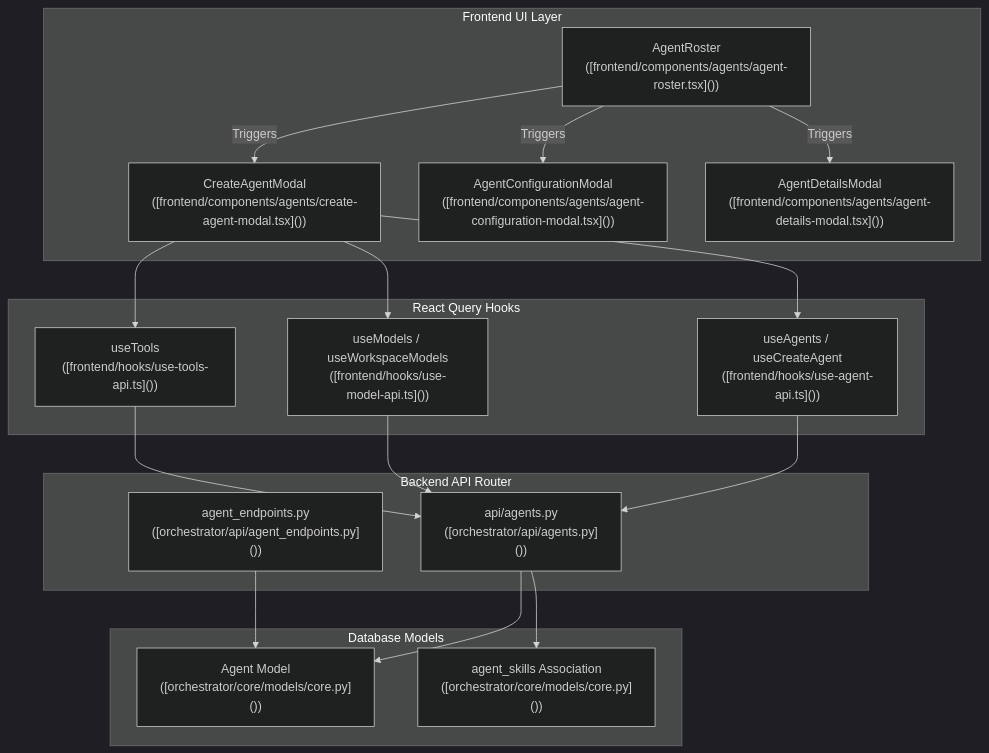
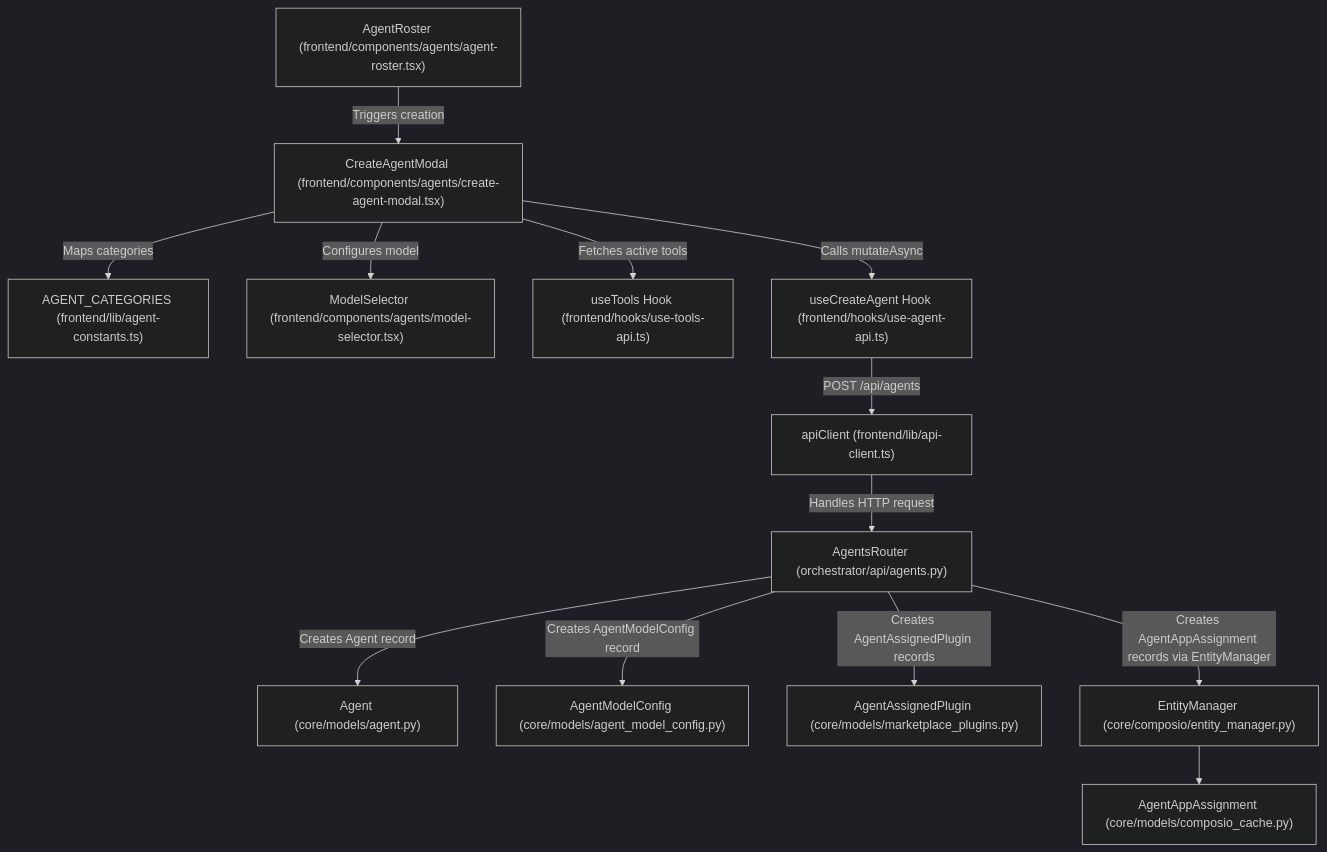
The third of 3 diagrams in docs/agents/creating-agents.md (AutomatosAI/automatos-ai), drawn with Mermaid (dark theme) before and after one commit. The commit also changed other lines of this file and 188 other files, not shown here.

First line of the commit message:
docs: refresh architecture docs and add coverage for new subsystems (#1416)

````diff
--- a/docs/agents/creating-agents.md
+++ b/docs/agents/creating-agents.md
@@ -85,41 +129,29 @@
 ```mermaid
-graph TB
-    subgraph "Frontend UI Layer"
-        Roster["AgentRoster<br/>([frontend/components/agents/agent-roster.tsx]())"]
-        CreateModal["CreateAgentModal<br/>([frontend/components/agents/create-agent-modal.tsx]())"]
-        ConfigModal["AgentConfigurationModal<br/>([frontend/components/agents/agent-configuration-modal.tsx]())"]
-        DetailsModal["AgentDetailsModal<br/>([frontend/components/agents/agent-details-modal.tsx]())"]
-    end
+graph TD
+    AgentRoster["AgentRoster (frontend/components/agents/agent-roster.tsx)"]
+    CreateAgentModal["CreateAgentModal (frontend/components/agents/create-agent-modal.tsx)"]
+    AgentConstants["AGENT_CATEGORIES (frontend/lib/agent-constants.ts)"]
+    ModelSelector["ModelSelector (frontend/components/agents/model-selector.tsx)"]
+    useTools["useTools Hook (frontend/hooks/use-tools-api.ts)"]
+    useCreateAgent["useCreateAgent Hook (frontend/hooks/use-agent-api.ts)"]
+    apiClient["apiClient (frontend/lib/api-client.ts)"]
+    AgentsRouter["AgentsRouter (orchestrator/api/agents.py)"]
+    AgentModel["Agent (core/models/agent.py)"]
+    AgentModelConfig["AgentModelConfig (core/models/agent_model_config.py)"]
+    AgentAssignedPlugin["AgentAssignedPlugin (core/models/marketplace_plugins.py)"]
+    AgentAppAssignment["AgentAppAssignment (core/models/composio_cache.py)"]
+    EntityManager["EntityManager (core/composio/entity_manager.py)"]
 
-    subgraph "React Query Hooks"
-        UseAgents["useAgents / useCreateAgent<br/>([frontend/hooks/use-agent-api.ts]())"]
-        UseModels["useModels / useWorkspaceModels<br/>([frontend/hooks/use-model-api.ts]())"]
-        UseTools["useTools<br/>([frontend/hooks/use-tools-api.ts]())"]
-    end
-
-    subgraph "Backend API Router"
-        AgentsAPI["api/agents.py<br/>([orchestrator/api/agents.py]())"]
-        AgentEndpointsAPI["agent_endpoints.py<br/>([orchestrator/api/agent_endpoints.py]())"]
-    end
-
-    subgraph "Database Models"
-        AgentModel["Agent Model<br/>([orchestrator/core/models/core.py]())"]
-        SkillModel["agent_skills Association<br/>([orchestrator/core/models/core.py]())"]
-    end
-
-    Roster -->|Triggers| CreateModal
-    Roster -->|Triggers| ConfigModal
-    Roster -->|Triggers| DetailsModal
-    
-    CreateModal --> UseAgents
-    CreateModal --> UseModels
-    CreateModal --> UseTools
-
-    UseAgents --> AgentsAPI
-    UseModels --> AgentsAPI
-    UseTools --> AgentsAPI
-
-    AgentsAPI --> AgentModel
-    AgentsAPI --> SkillModel
-    AgentEndpointsAPI --> AgentModel
+    AgentRoster -->|"Triggers creation"| CreateAgentModal
+    CreateAgentModal -->|"Maps categories"| AgentConstants
+    CreateAgentModal -->|"Configures model"| ModelSelector
+    CreateAgentModal -->|"Fetches active tools"| useTools
+    CreateAgentModal -->|"Calls mutateAsync"| useCreateAgent
+    useCreateAgent -->|"POST /api/agents"| apiClient
+    apiClient -->|"Handles HTTP request"| AgentsRouter
+    AgentsRouter -->|"Creates Agent record"| AgentModel
+    AgentsRouter -->|"Creates AgentModelConfig record"| AgentModelConfig
+    AgentsRouter -->|"Creates AgentAssignedPlugin records"| AgentAssignedPlugin
+    AgentsRouter -->|"Creates AgentAppAssignment records via EntityManager"| EntityManager
+    EntityManager --> AgentAppAssignment
 ```
````
